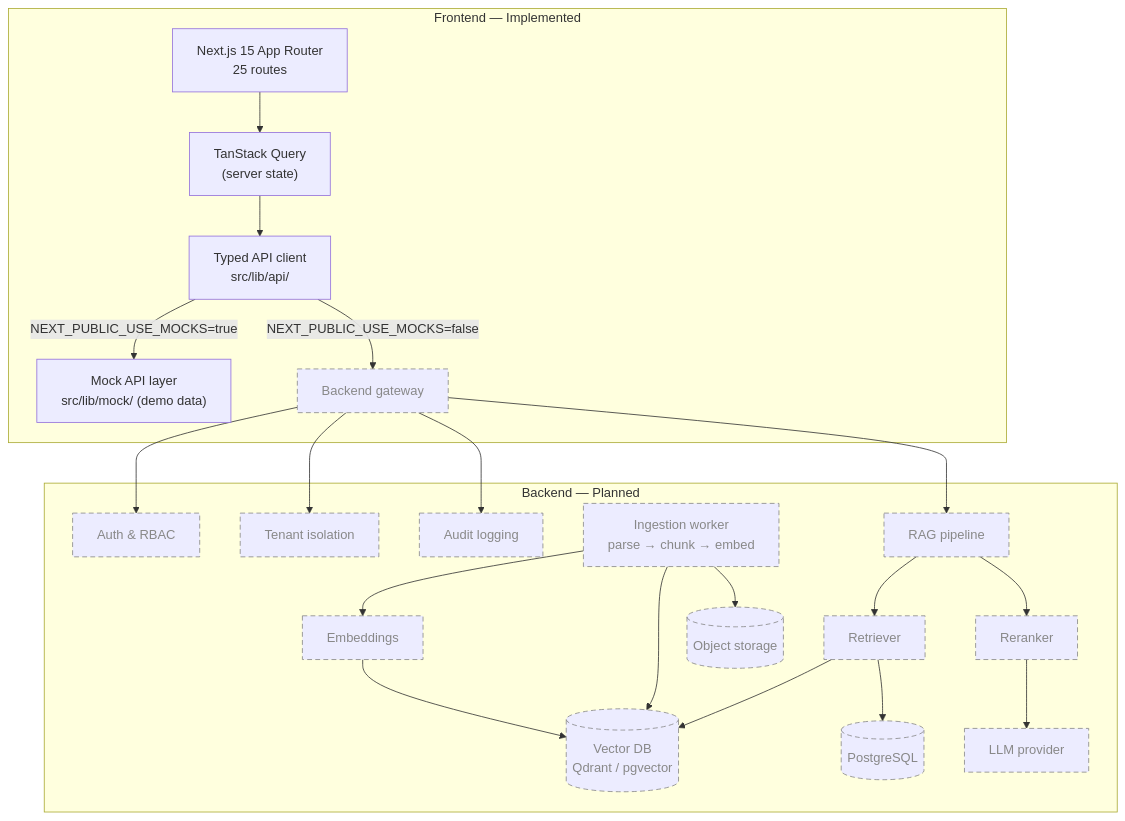
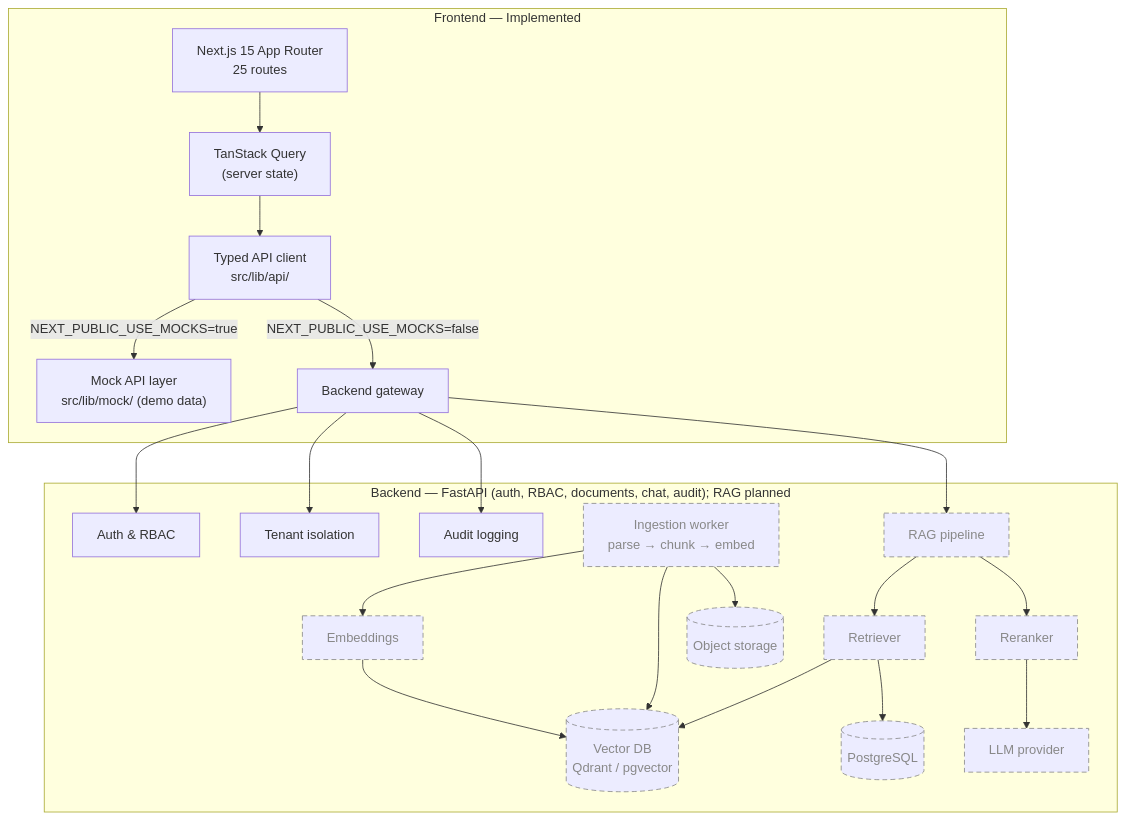
Before and after one commit to V-Sirichandana/SecureRag: the diagram in README.md, drawn with Mermaid. The commit also changed other lines of this file, not shown here.

Commit message:
docs: document backend and invitation flow

````diff
--- a/README.md
+++ b/README.md
@@ -77,28 +79,28 @@
 ```mermaid
 flowchart TD
     subgraph FE["Frontend — Implemented"]
         UI["Next.js 15 App Router<br/>25 routes"]
         UI --> Q["TanStack Query<br/>(server state)"]
         Q --> CL["Typed API client<br/>src/lib/api/"]
         CL -->|"NEXT_PUBLIC_USE_MOCKS=true"| MOCK["Mock API layer<br/>src/lib/mock/ (demo data)"]
         CL -->|"NEXT_PUBLIC_USE_MOCKS=false"| GW["Backend gateway"]
     end
 
-    subgraph BE["Backend — Planned"]
+    subgraph BE["Backend — FastAPI (auth, RBAC, documents, chat, audit); RAG planned"]
         GW --> AUTH["Auth & RBAC"]
         GW --> TEN["Tenant isolation"]
         GW --> AUD["Audit logging"]
         GW --> RAG["RAG pipeline"]
         RAG --> RET["Retriever"]
         RET --> VDB[("Vector DB<br/>Qdrant / pgvector")]
         RET --> PG[("PostgreSQL")]
         RAG --> RR["Reranker"] --> LLM["LLM provider"]
         ING["Ingestion worker<br/>parse → chunk → embed"] --> VDB
         ING --> OBJ[("Object storage")]
         ING --> EMB["Embeddings"]
         EMB --> VDB
     end
 
     classDef planned stroke-dasharray:6 4,stroke:#888,color:#888
-    class AUTH,TEN,AUD,RAG,RET,VDB,PG,RR,LLM,ING,OBJ,EMB,GW planned
+    class RAG,RET,VDB,PG,RR,LLM,ING,OBJ,EMB planned
 ```
````
